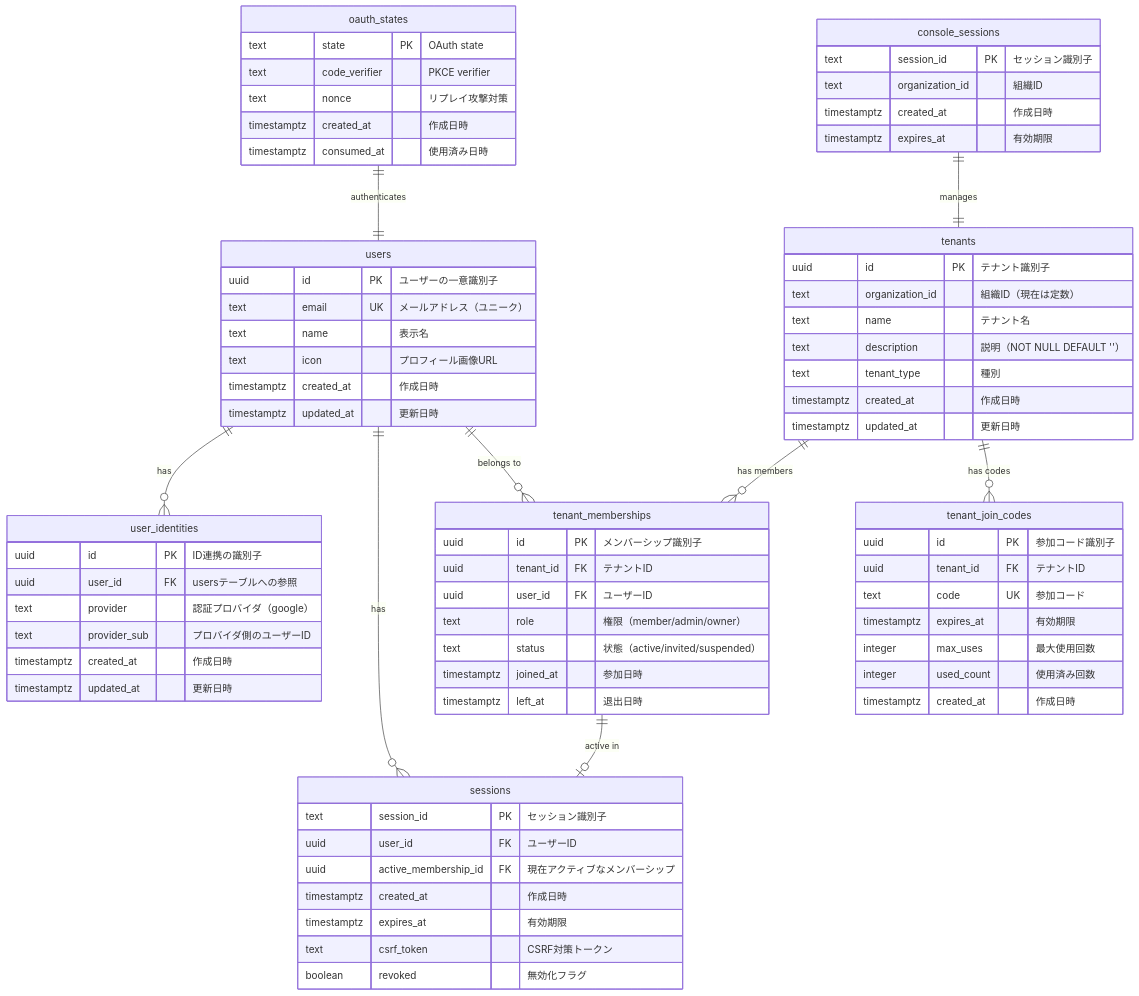
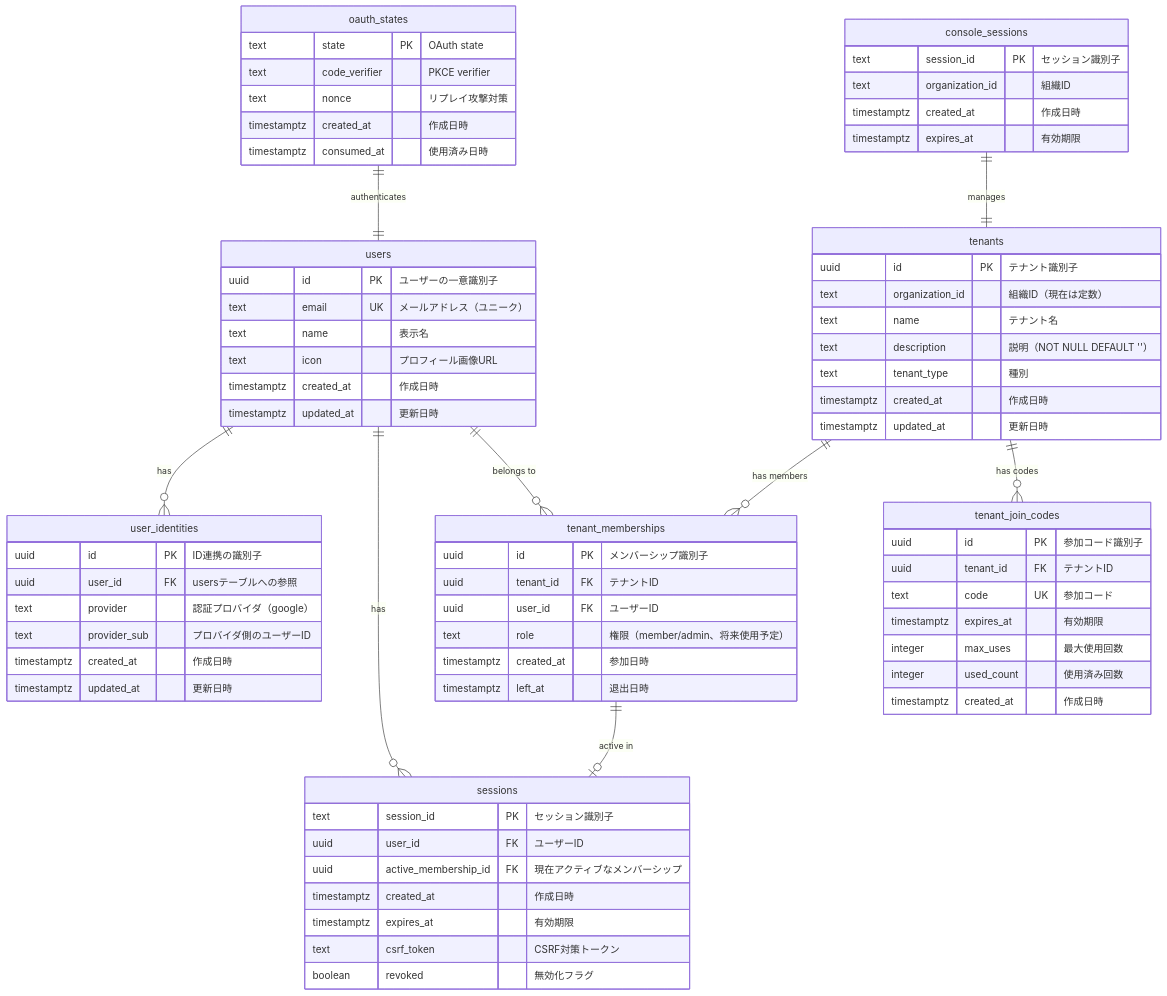
One commit to shibayama-club/keyhub changed the diagram in docs/database/er_diagrams.md. Above: the diagram before and after it, drawn with Mermaid. The commit also changed 4 other files, not shown here.

```diff
--- a/docs/database/er_diagrams.md
+++ b/docs/database/er_diagrams.md
@@ -76,9 +76,8 @@
         uuid id PK "メンバーシップ識別子"
         uuid tenant_id FK "テナントID"
         uuid user_id FK "ユーザーID"
-        text role "権限（member/admin/owner）"
-        text status "状態（active/invited/suspended）"
-        timestamptz joined_at "参加日時"
+        text role "権限（member/admin、将来使用予定）"
+        timestamptz created_at "参加日時"
         timestamptz left_at "退出日時"
     }
 
```
